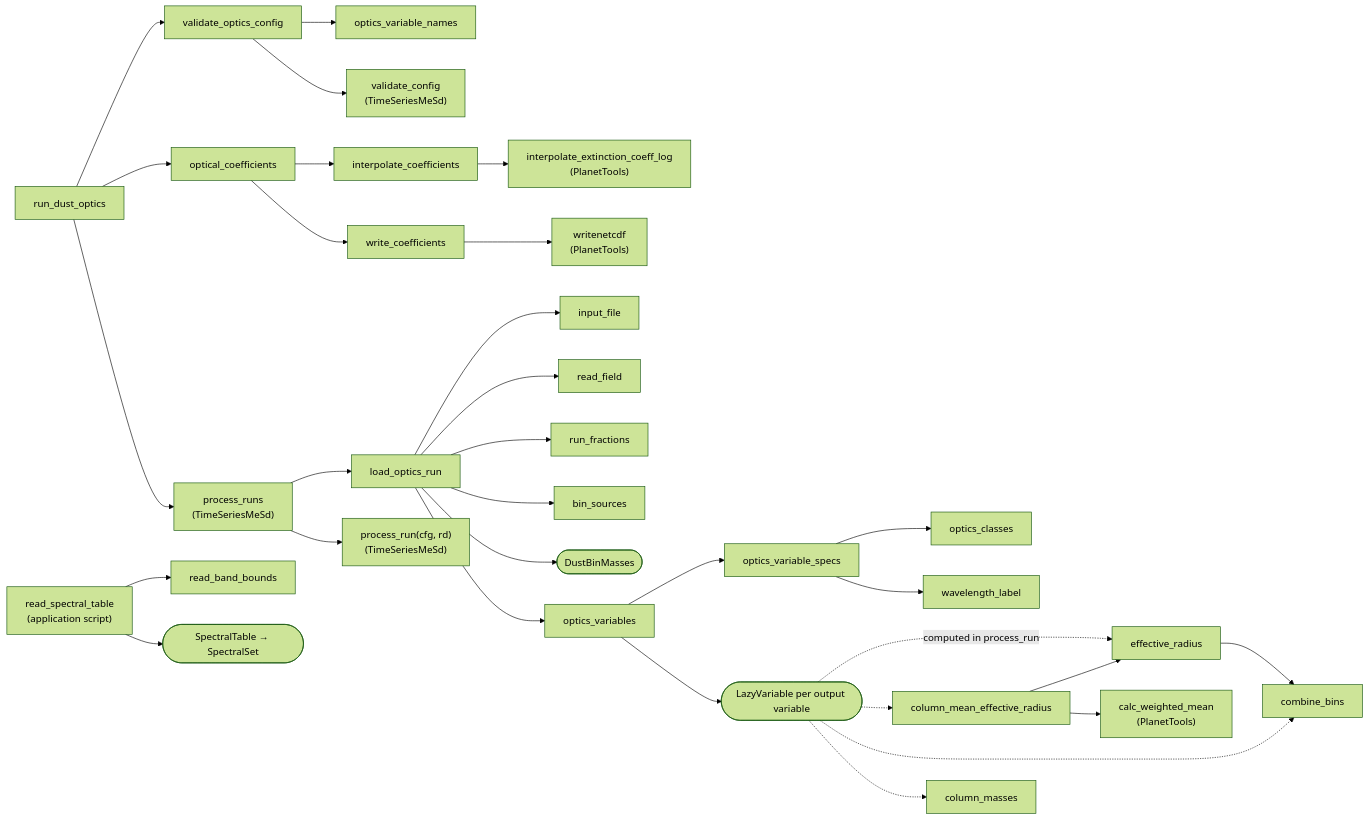
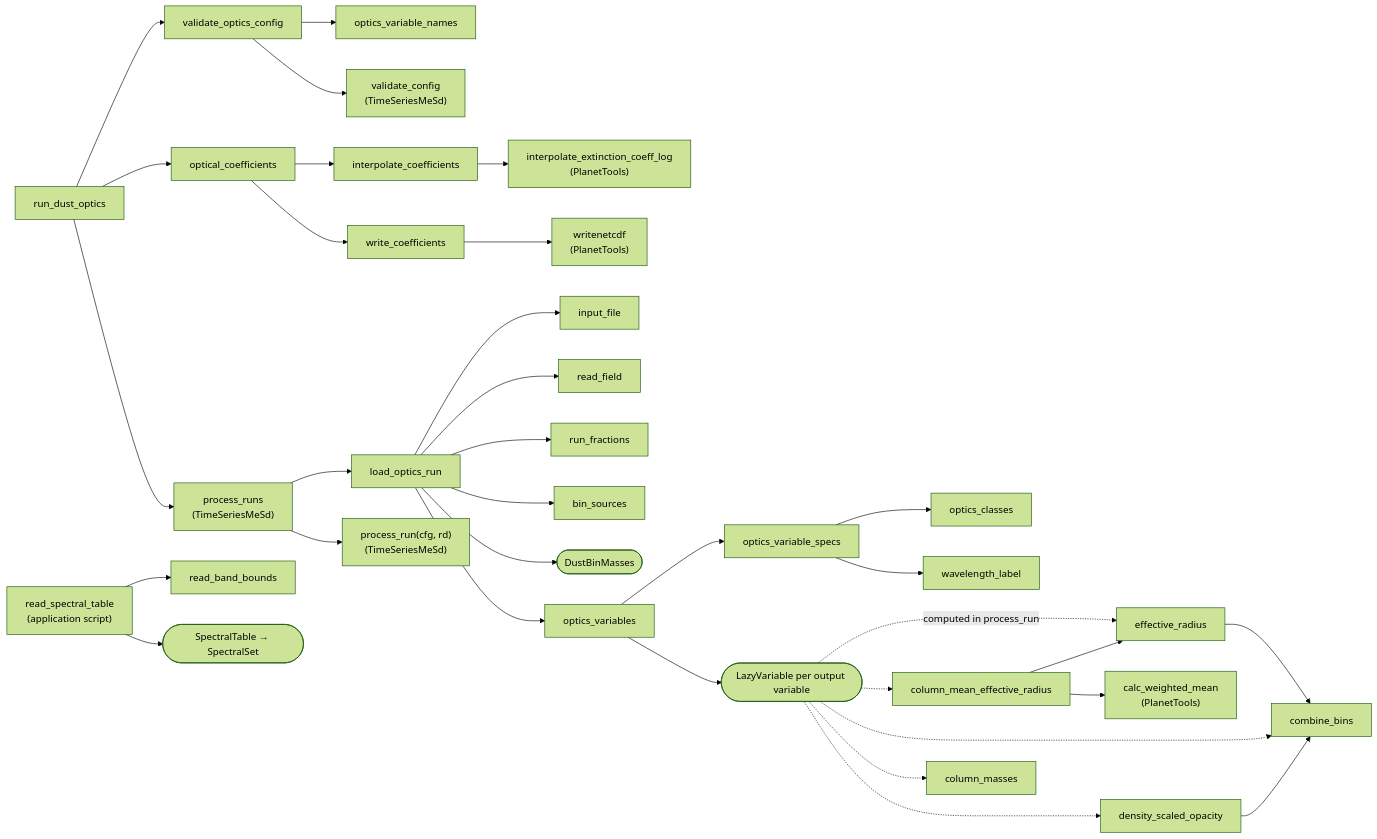
One commit to caprrepos/PlanetPostStats.jl changed the fifth of 5 diagrams in docs/src/flowcharts.md. Above: the diagram before and after it, drawn with Mermaid (forest theme). The commit also changed other lines of this file and 6 other files, not shown here.

First line of the commit message:
DustOptics: density-scaled opacity of the layers, interpolated to pressure levels

````diff
--- a/docs/src/flowcharts.md
+++ b/docs/src/flowcharts.md
@@ -152,36 +153,38 @@
 ```mermaid
 flowchart LR
     RDO["run_dust_optics"] --> VOC["validate_optics_config"]
     VOC --> OVN["optics_variable_names"]
     VOC --> VC["validate_config<br/>(TimeSeriesMeSd)"]
     RDO --> OC["optical_coefficients"]
     OC --> IC["interpolate_coefficients"]
     IC --> IEL["interpolate_extinction_coeff_log<br/>(PlanetTools)"]
     OC --> WC["write_coefficients"]
     WC --> WN["writenetcdf<br/>(PlanetTools)"]
     RDO --> PRN["process_runs<br/>(TimeSeriesMeSd)"]
     PRN --> LOR["load_optics_run"]
     PRN --> PRd["process_run(cfg, rd)<br/>(TimeSeriesMeSd)"]
 
     RSTb["read_spectral_table<br/>(application script)"] --> RBB["read_band_bounds"]
     RSTb --> ST(["SpectralTable → SpectralSet"])
 
     LOR --> IF["input_file"]
     LOR --> RF["read_field"]
     LOR --> RFR["run_fractions"]
     LOR --> BS["bin_sources"]
     LOR --> DBM(["DustBinMasses"])
     LOR --> OV["optics_variables"]
     OV --> OVS["optics_variable_specs"]
     OVS --> OCL["optics_classes"]
     OVS --> WL["wavelength_label"]
     OV --> LV(["LazyVariable per output variable"])
 
     LV -. "computed in process_run" .-> ER["effective_radius"]
     LV -.-> CMER["column_mean_effective_radius"]
     LV -.-> CB["combine_bins"]
     LV -.-> CM["column_masses"]
+    LV -.-> DSO["density_scaled_opacity"]
+    DSO --> CB
     ER --> CB
     CMER --> ER
     CMER --> CWM["calc_weighted_mean<br/>(PlanetTools)"]
 ```
````
